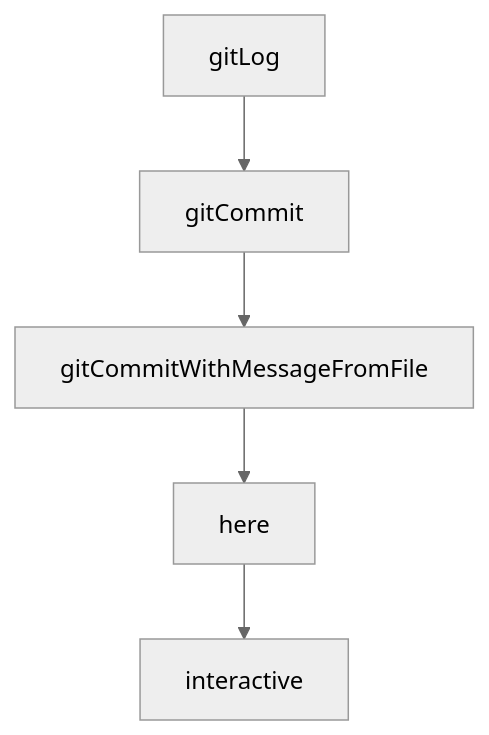
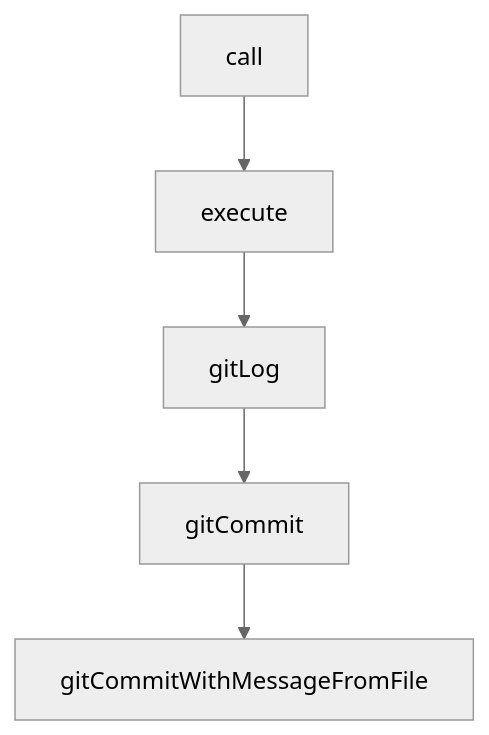
Before and after one commit to johnxie/awesome-code-docs: the diagram in tutorials/serena-tutorial/02-semantic-toolkit-and-agent-loop.md, drawn with Mermaid (neutral theme). The commit also changed other lines of this file and 1232 other files, not shown here.

````diff
--- a/tutorials/serena-tutorial/02-semantic-toolkit-and-agent-loop.md
+++ b/tutorials/serena-tutorial/02-semantic-toolkit-and-agent-loop.md
@@ -223,12 +221,12 @@
 ```mermaid
 flowchart TD
-    A[gitLog]
-    B[gitCommit]
-    C[gitCommitWithMessageFromFile]
-    D[here]
-    E[interactive]
+    A[call]
+    B[execute]
+    C[gitLog]
+    D[gitCommit]
+    E[gitCommitWithMessageFromFile]
     A --> B
     B --> C
     C --> D
     D --> E
 ```
````
